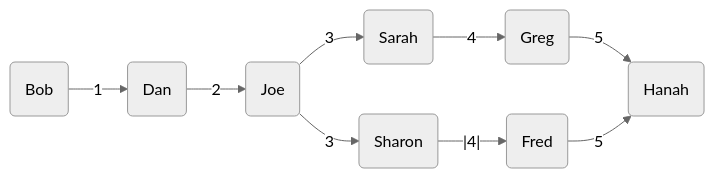
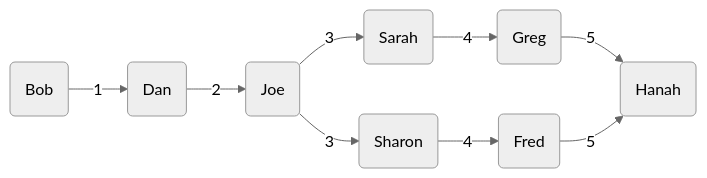
Before and after one commit to AmitLevinson/amitgrinson.com: the second of 2 diagrams in content/blog/recursive-cte/index.markdown, drawn with Mermaid (neutral theme). The commit also changed other lines of this file and 5 other files, not shown here.

```diff
--- a/content/blog/recursive-cte/index.markdown
+++ b/content/blog/recursive-cte/index.markdown
@@ -223,11 +307,11 @@
 <div class="mermaid">
 graph LR;
   A(Bob)--1-->B(Dan);
   B(Dan)--2-->C(Joe);
   C(Joe)--3-->D(Sarah);
   C(Joe)--3-->E(Sharon);
-  E(Sharon)--|4|-->F(Fred);
+  E(Sharon)--4-->F(Fred);
   D(Sarah)--4-->G(Greg);
   G(Greg)--5-->H(Hanah);
   F(Fred)--5-->H(Hanah);
 </div>
```
